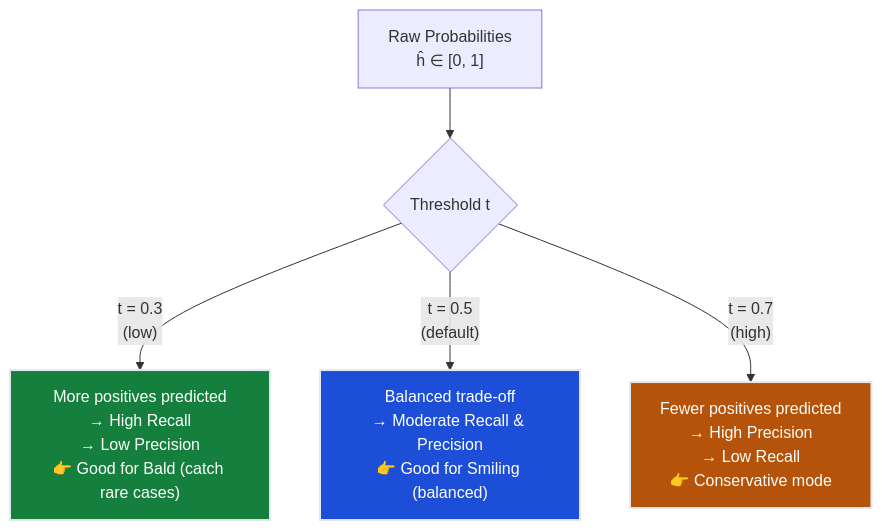
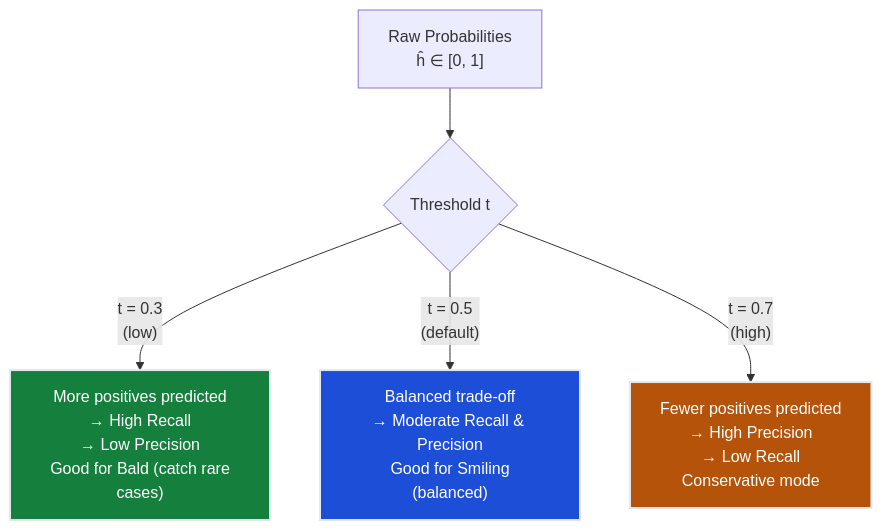
One commit to dsgouda7/ai-portfolio changed the fifth of 8 diagrams in notes/01-ml/02-classification/ch03_metrics/README.md. Above: the diagram before and after it, drawn with Mermaid. The commit also changed other lines of this file and 391 other files, not shown here.

````diff
--- a/notes/01-ml/02-classification/ch03_metrics/README.md
+++ b/notes/01-ml/02-classification/ch03_metrics/README.md
@@ -860,10 +860,10 @@
 ```mermaid
 graph TD
  A["Raw Probabilities<br/>ĥ ∈ [0, 1]"] --> B{"Threshold t"}
- B -->|"t = 0.3<br/>(low)"| C["More positives predicted<br/>→ High Recall<br/>→ Low Precision<br/>👉 Good for Bald (catch rare cases)"]
- B -->|"t = 0.5<br/>(default)"| D["Balanced trade-off<br/>→ Moderate Recall & Precision<br/>👉 Good for Smiling (balanced)"]
- B -->|"t = 0.7<br/>(high)"| E["Fewer positives predicted<br/>→ High Precision<br/>→ Low Recall<br/>👉 Conservative mode"]
+ B -->|"t = 0.3<br/>(low)"| C["More positives predicted<br/>→ High Recall<br/>→ Low Precision<br/> Good for Bald (catch rare cases)"]
+ B -->|"t = 0.5<br/>(default)"| D["Balanced trade-off<br/>→ Moderate Recall & Precision<br/> Good for Smiling (balanced)"]
+ B -->|"t = 0.7<br/>(high)"| E["Fewer positives predicted<br/>→ High Precision<br/>→ Low Recall<br/> Conservative mode"]
  style C fill:#15803d,stroke:#e2e8f0,stroke-width:2px,color:#ffffff
  style D fill:#1d4ed8,stroke:#e2e8f0,stroke-width:2px,color:#ffffff
  style E fill:#b45309,stroke:#e2e8f0,stroke-width:2px,color:#ffffff
 ```
````
